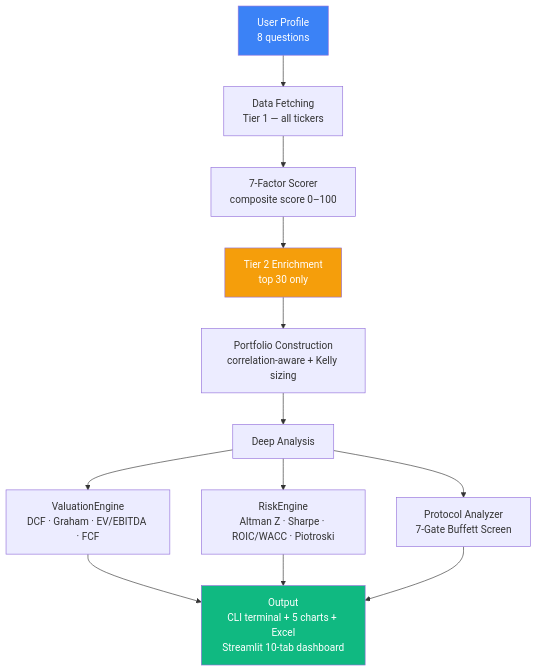
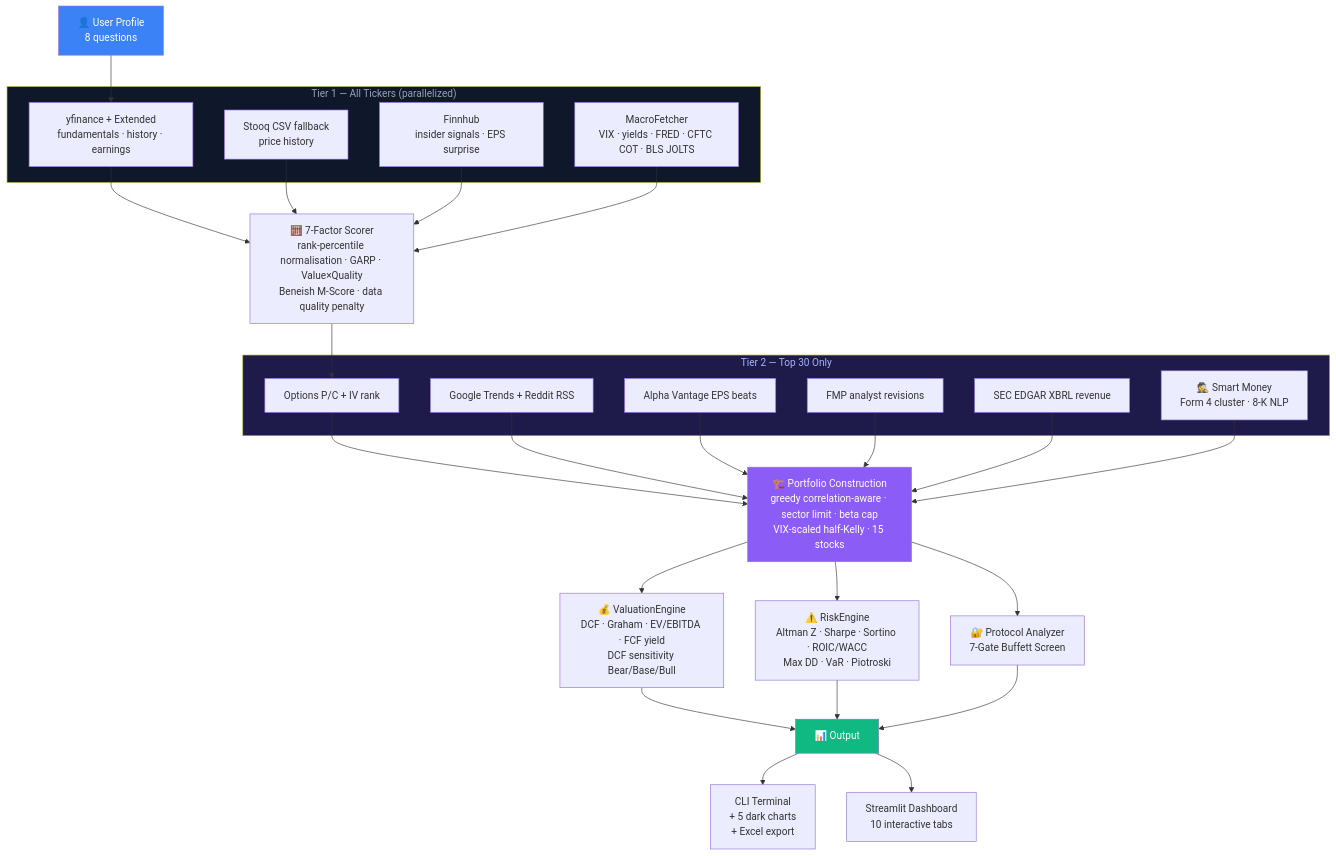
Before and after one commit to Justme-Cliff/Investing-ML: the first of 7 diagrams in README.md, drawn with Mermaid. The commit also changed other lines of this file and 13 other files, not shown here.

````diff
--- a/README.md
+++ b/README.md
@@ -50,18 +57,55 @@
 ```mermaid
 flowchart TD
-    A[User Profile\n8 questions] --> B[Data Fetching\nTier 1 — all tickers]
-    B --> C[7-Factor Scorer\ncomposite score 0–100]
-    C --> D[Tier 2 Enrichment\ntop 30 only]
-    D --> E[Portfolio Construction\ncorrelation-aware + Kelly sizing]
-    E --> F[Deep Analysis]
-    F --> G1[ValuationEngine\nDCF · Graham · EV/EBITDA · FCF]
-    F --> G2[RiskEngine\nAltman Z · Sharpe · ROIC/WACC · Piotroski]
-    F --> G3[Protocol Analyzer\n7-Gate Buffett Screen]
-    G1 --> H[Output\nCLI terminal + 5 charts + Excel\nStreamlit 10-tab dashboard]
-    G2 --> H
-    G3 --> H
+    A[👤 User Profile\n8 questions] --> B
+
+    subgraph TIER1["Tier 1 — All Tickers (parallelized)"]
+        B[yfinance + Extended\nfundamentals · history · earnings]
+        B2[Stooq CSV fallback\nprice history]
+        B3[Finnhub\ninsider signals · EPS surprise]
+        B4[MacroFetcher\nVIX · yields · FRED · CFTC COT · BLS JOLTS]
+    end
+
+    B --> C
+    B2 --> C
+    B3 --> C
+    B4 --> C
+
+    C[🧮 7-Factor Scorer\nrank-percentile normalisation · GARP · Value×Quality\nBeneish M-Score · data quality penalty]
+
+    C --> D
+
+    subgraph TIER2["Tier 2 — Top 30 Only"]
+        D[Options P/C + IV rank]
+        D2[Google Trends + Reddit RSS]
+        D3[Alpha Vantage EPS beats]
+        D4[FMP analyst revisions]
+        D5[SEC EDGAR XBRL revenue]
+        D6[🕵️ Smart Money\nForm 4 cluster · 8-K NLP]
+    end
+
+    D --> E
+    D2 --> E
+    D3 --> E
+    D4 --> E
+    D5 --> E
+    D6 --> E
+
+    E[🏗️ Portfolio Construction\ngreedy correlation-aware · sector limit · beta cap\nVIX-scaled half-Kelly · 15 stocks]
+
+    E --> F1[💰 ValuationEngine\nDCF · Graham · EV/EBITDA · FCF yield\nDCF sensitivity Bear/Base/Bull]
+    E --> F2[⚠️ RiskEngine\nAltman Z · Sharpe · Sortino · ROIC/WACC\nMax DD · VaR · Piotroski]
+    E --> F3[🔐 Protocol Analyzer\n7-Gate Buffett Screen]
+
+    F1 --> G[📊 Output]
+    F2 --> G
+    F3 --> G
+
+    G --> H1[CLI Terminal\n+ 5 dark charts\n+ Excel export]
+    G --> H2[Streamlit Dashboard\n10 interactive tabs]
 
     style A fill:#3B82F6,color:#fff
-    style H fill:#10B981,color:#fff
-    style D fill:#F59E0B,color:#fff
+    style E fill:#8B5CF6,color:#fff
+    style G fill:#10B981,color:#fff
+    style TIER1 fill:#0F172A,color:#94A3B8
+    style TIER2 fill:#1E1B4B,color:#A5B4FC
 ```
````
